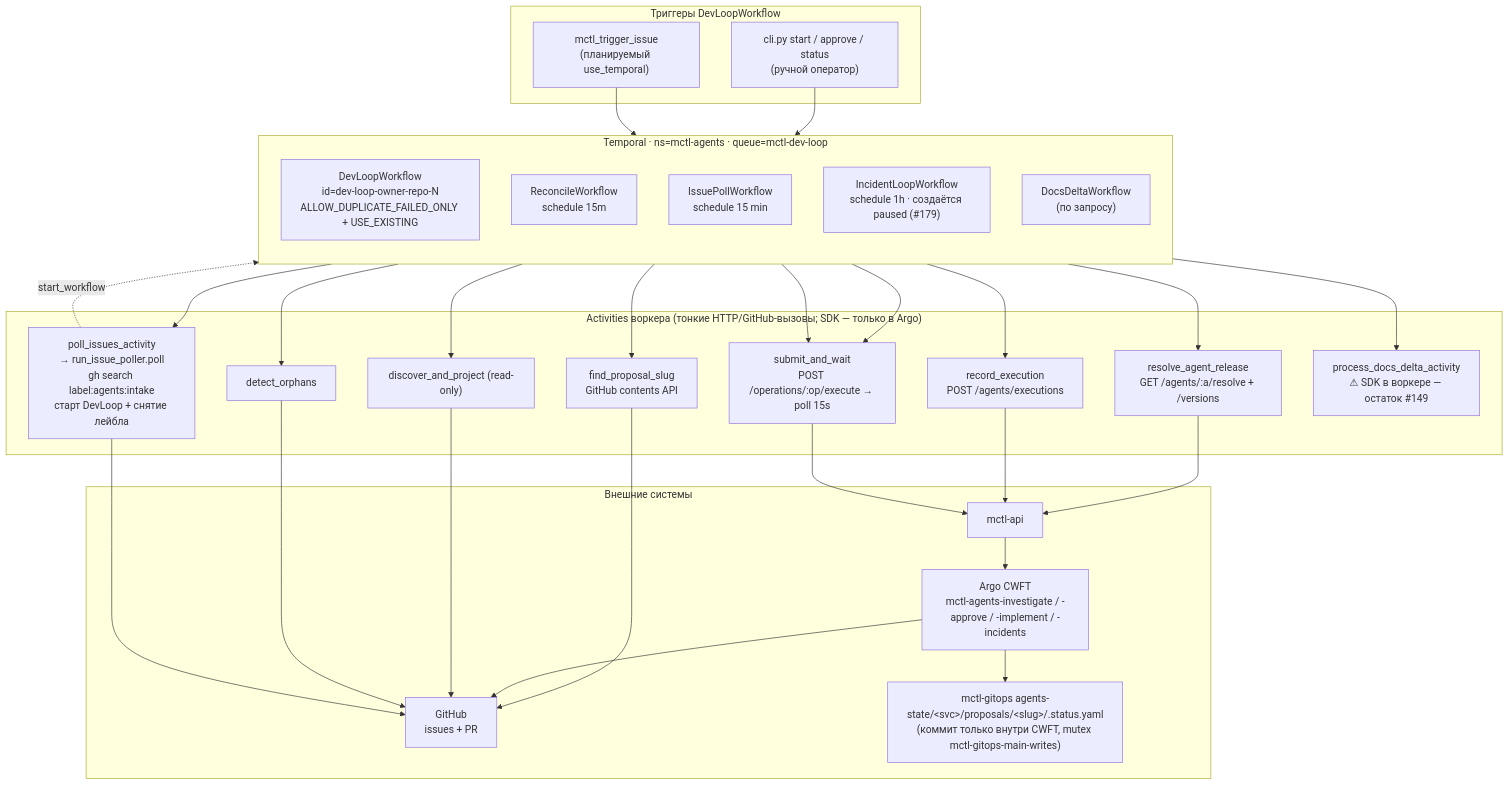
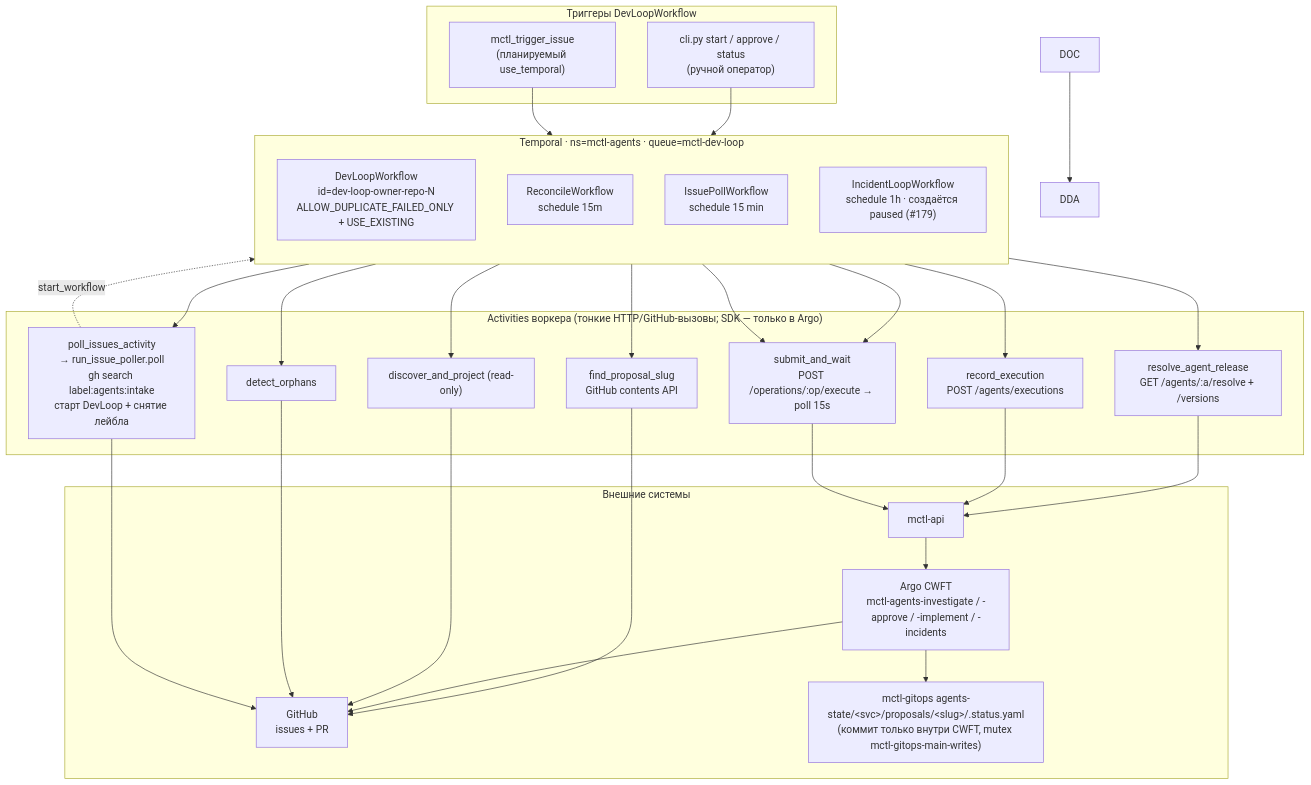
The first of 4 diagrams in docs/temporal-flow.md (mctlhq/mctl-agents), drawn with Mermaid before and after one commit. The commit also changed other lines of this file and 18 other files, not shown here.

First line of the commit message:
feat: retire question-author, DocsDeltaWorkflow and the strong profile

````diff
--- a/docs/temporal-flow.md
+++ b/docs/temporal-flow.md
@@ -14,58 +14,56 @@
 ```mermaid
 flowchart TB
     subgraph TRIG["Триггеры DevLoopWorkflow"]
         CLI["cli.py start / approve / status<br/>(ручной оператор)"]
         MCP["mctl_trigger_issue<br/>(планируемый use_temporal)"]
     end
 
     subgraph TMP["Temporal · ns=mctl-agents · queue=mctl-dev-loop"]
         direction TB
         DEV["DevLoopWorkflow<br/>id=dev-loop-owner-repo-N<br/>ALLOW_DUPLICATE_FAILED_ONLY + USE_EXISTING"]
         REC["ReconcileWorkflow<br/>schedule 15m"]
         ISS["IssuePollWorkflow<br/>schedule 15 min"]
         INC["IncidentLoopWorkflow<br/>schedule 1h · создаётся paused (#179)"]
-        DOC["DocsDeltaWorkflow<br/>(по запросу)"]
     end
 
     subgraph ACT["Activities воркера (тонкие HTTP/GitHub-вызовы; SDK — только в Argo)"]
         RES["resolve_agent_release<br/>GET /agents/:a/resolve + /versions"]
         SUB["submit_and_wait<br/>POST /operations/:op/execute → poll 15s"]
         RECD["record_execution<br/>POST /agents/executions"]
         FPS["find_proposal_slug<br/>GitHub contents API"]
         DISC["discover_and_project (read-only)"]
         ORPH["detect_orphans"]
         IPA["poll_issues_activity<br/>→ run_issue_poller.poll<br/>gh search label:agents:intake<br/>старт DevLoop + снятие лейбла"]
-        DDA["process_docs_delta_activity<br/>⚠ SDK в воркере — остаток #149"]
     end
 
     subgraph EXT["Внешние системы"]
         API["mctl-api"]
         ARGO["Argo CWFT<br/>mctl-agents-investigate / -approve / -implement / -incidents"]
         GH["GitHub<br/>issues + PR"]
         GITOPS["mctl-gitops agents-state/&lt;svc&gt;/proposals/&lt;slug&gt;/.status.yaml<br/>(коммит только внутри CWFT, mutex mctl-gitops-main-writes)"]
     end
 
     CLI --> DEV
     MCP --> DEV
     ISS --> IPA
     IPA -. "start_workflow" .-> DEV
 
     DEV --> RES
     DEV --> SUB
     DEV --> RECD
     DEV --> FPS
     FPS --> GH
     REC --> DISC
     REC --> ORPH
     INC --> SUB
     DOC --> DDA
 
     RES --> API
     RECD --> API
     SUB --> API --> ARGO
     ARGO --> GITOPS
     ARGO --> GH
     DISC --> GH
     ORPH --> GH
     IPA --> GH
 ```
````
